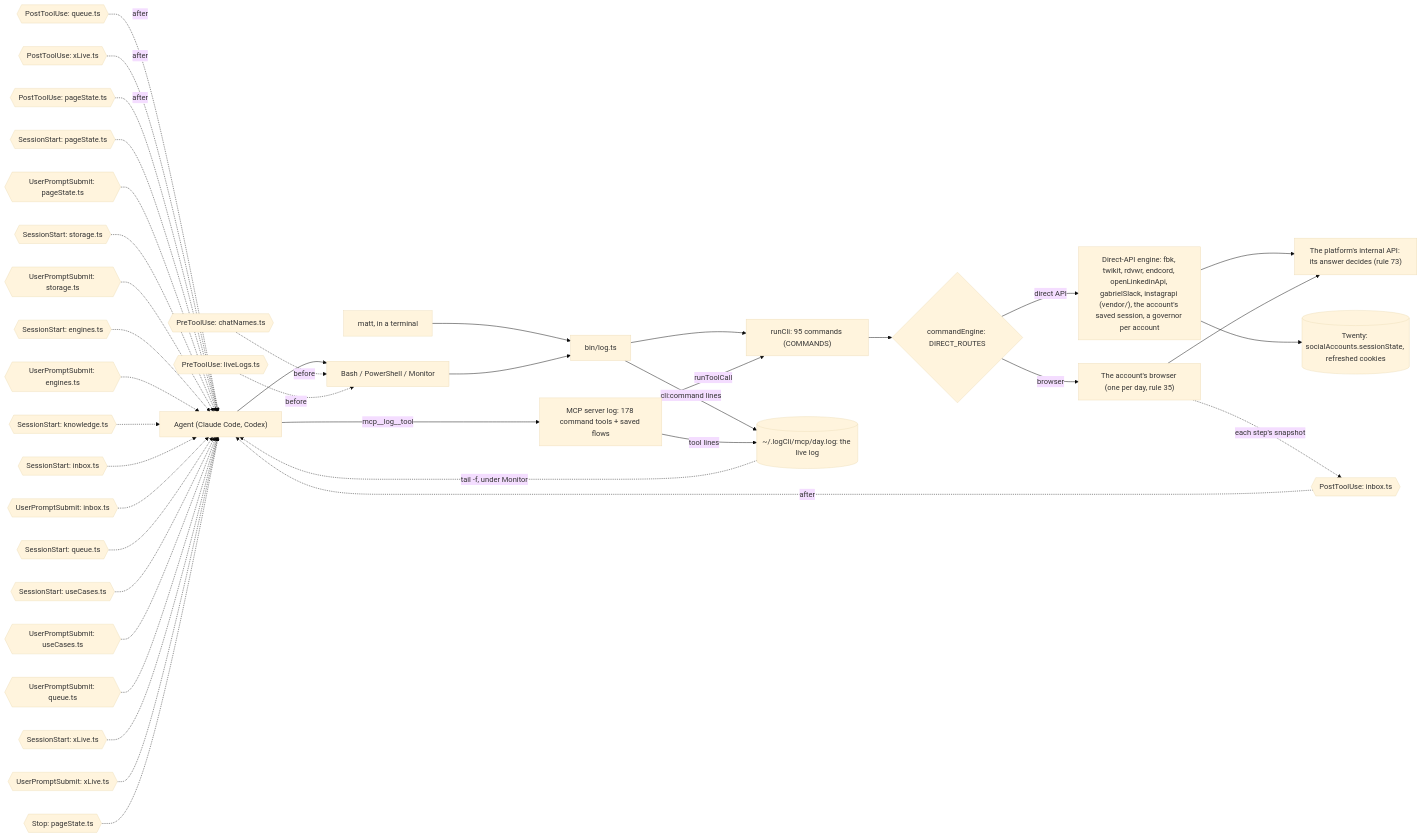
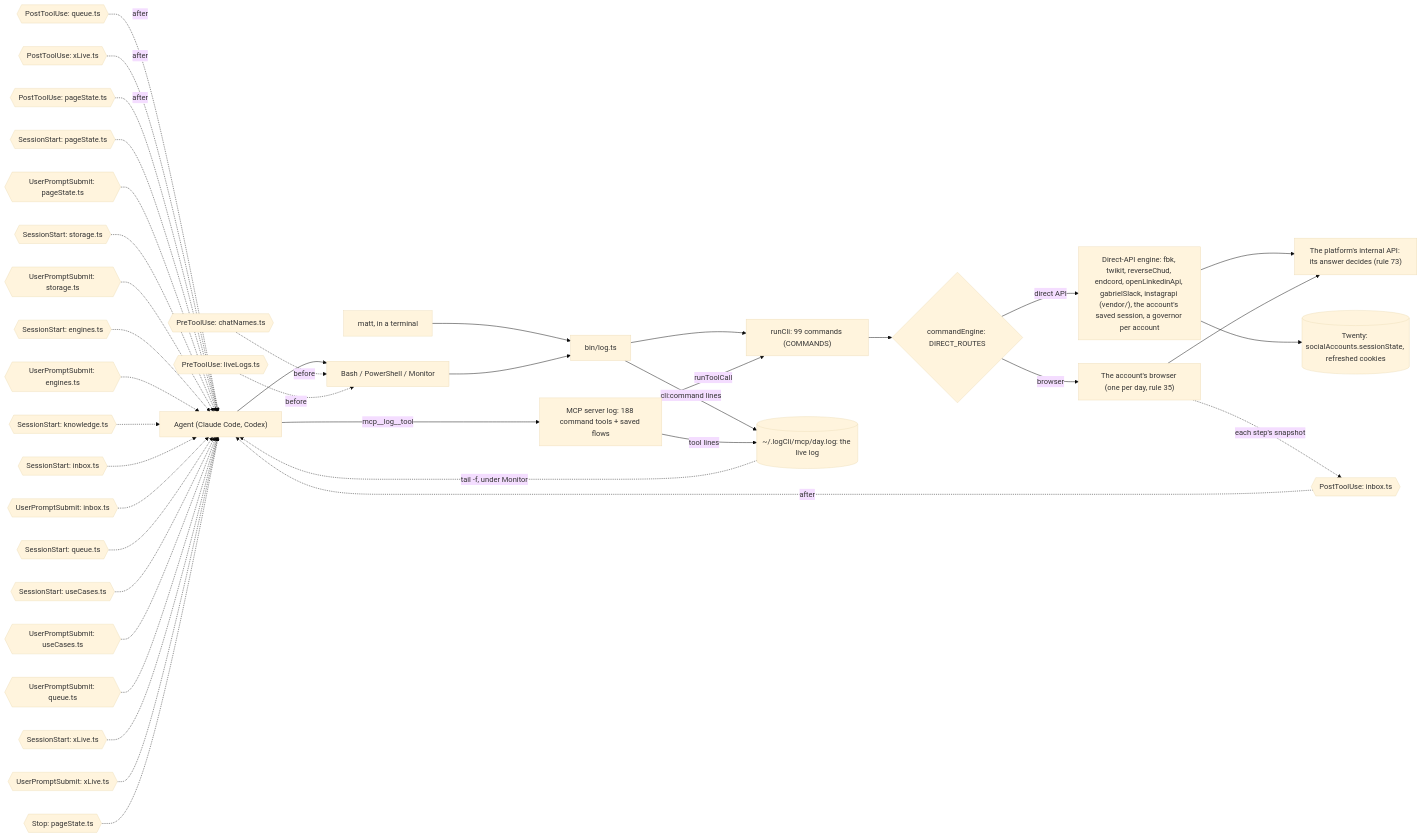
The diagram in docs/diagrams/surface.mmd (matthewdonsemail-lab/log), drawn with Mermaid (base theme) before and after one commit. The commit also changed 19 other files, not shown here.

```diff
--- a/docs/diagrams/surface.mmd
+++ b/docs/diagrams/surface.mmd
@@ -1,53 +1,53 @@
 %% How a call reaches log-cli. From a shell or over MCP, both run the same commands through `runCli`, write the same live log, and pass through the same hooks. `commandEngine` sends each command to the platform's direct API or to the account's browser.
 %% Written by `bun run docs:build` from the code (rule 56). Not edited by hand.
 flowchart LR
   agent["Agent (Claude Code, Codex)"]
   matt["matt, in a terminal"]
   shell["Bash / PowerShell / Monitor"]
-  mcp["MCP server log: 178 command tools + saved flows"]
+  mcp["MCP server log: 188 command tools + saved flows"]
   bin["bin/log.ts"]
-  runCli["runCli: 95 commands (COMMANDS)"]
+  runCli["runCli: 99 commands (COMMANDS)"]
   live[("~/.logCli/mcp/day.log: the live log")]
   engine{"commandEngine: DIRECT_ROUTES"}
-  direct["Direct-API engine: fbk, twikit, rdvwr, endcord, openLinkedinApi, gabrielSlack, instagrapi (vendor/), the account's saved session, a governor per account"]
+  direct["Direct-API engine: fbk, twikit, reverseChud, endcord, openLinkedinApi, gabrielSlack, instagrapi (vendor/), the account's saved session, a governor per account"]
   browser["The account's browser (one per day, rule 35)"]
   api["The platform's internal API: its answer decides (rule 73)"]
   twenty[("Twenty: socialAccounts.sessionState, refreshed cookies")]
   agent --> shell
   matt --> bin
   shell --> bin
   agent -->|mcp__log__tool| mcp
   bin --> runCli
   mcp -->|runToolCall| runCli
   runCli --> engine
   engine -->|direct API| direct
   engine -->|browser| browser
   direct --> api
   browser --> api
   direct --> twenty
   bin -->|cli:command lines| live
   mcp -->|tool lines| live
   live -.->|tail -f, under Monitor| agent
   pre0{{"PreToolUse: chatNames.ts"}} -.->|before| shell
   pre1{{"PreToolUse: liveLogs.ts"}} -.->|before| shell
   post0{{"PostToolUse: inbox.ts"}} -.->|after| agent
   post1{{"PostToolUse: queue.ts"}} -.->|after| agent
   post2{{"PostToolUse: xLive.ts"}} -.->|after| agent
   post3{{"PostToolUse: pageState.ts"}} -.->|after| agent
   turn0{{"SessionStart: pageState.ts"}} -.-> agent
   turn1{{"UserPromptSubmit: pageState.ts"}} -.-> agent
   turn2{{"SessionStart: storage.ts"}} -.-> agent
   turn3{{"UserPromptSubmit: storage.ts"}} -.-> agent
   turn4{{"SessionStart: engines.ts"}} -.-> agent
   turn5{{"UserPromptSubmit: engines.ts"}} -.-> agent
   turn6{{"SessionStart: knowledge.ts"}} -.-> agent
   turn7{{"SessionStart: inbox.ts"}} -.-> agent
   turn8{{"UserPromptSubmit: inbox.ts"}} -.-> agent
   turn9{{"SessionStart: queue.ts"}} -.-> agent
   turn10{{"SessionStart: useCases.ts"}} -.-> agent
   turn11{{"UserPromptSubmit: useCases.ts"}} -.-> agent
   turn12{{"UserPromptSubmit: queue.ts"}} -.-> agent
   turn13{{"SessionStart: xLive.ts"}} -.-> agent
   turn14{{"UserPromptSubmit: xLive.ts"}} -.-> agent
   turn15{{"Stop: pageState.ts"}} -.-> agent
   browser -.->|each step's snapshot| post0
```
